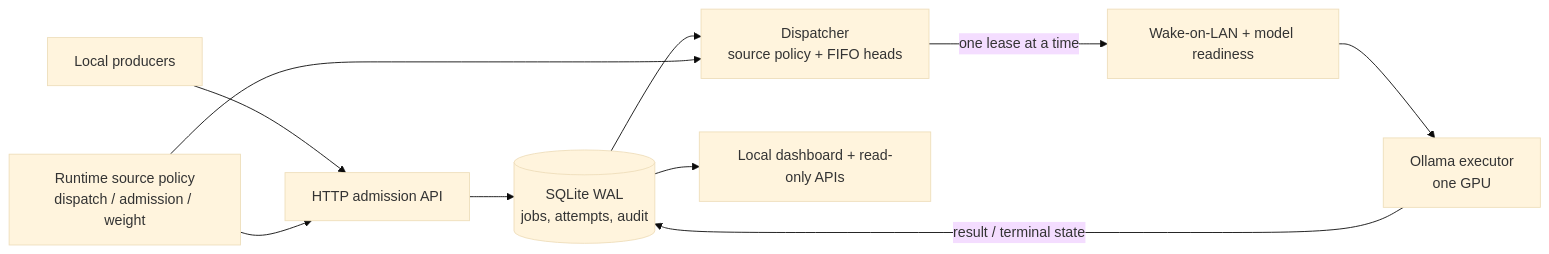
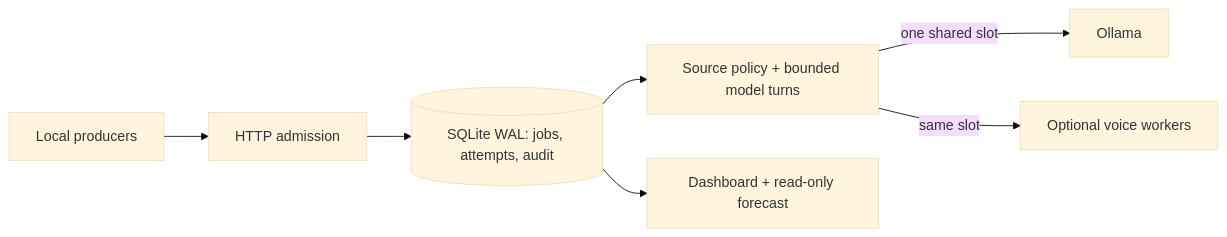
Before and after one commit to dankarization/inference-broker: the diagram in README.md, drawn with Mermaid (base theme). The commit also changed other lines of this file and 39 other files, not shown here.

First line of the commit message:
Group equal-weight model turns and unify conditional forecast (#17)

````diff
--- a/README.md
+++ b/README.md
@@ -72,12 +13,9 @@
 ```mermaid
 flowchart LR
-    C["Local producers"] --> A["HTTP admission API"]
-    A --> Q[("SQLite WAL<br/>jobs, attempts, audit")]
-    Q --> S["Dispatcher<br/>source policy + FIFO heads"]
-    P["Runtime source policy<br/>dispatch / admission / weight"] --> A
-    P --> S
-    S -->|"one lease at a time"| W["Wake-on-LAN + model readiness"]
-    W --> O["Ollama executor<br/>one GPU"]
-    O -->|"result / terminal state"| Q
-    Q --> V["Local dashboard + read-only APIs"]
+    P["Local producers"] --> A["HTTP admission"]
+    A --> Q[("SQLite WAL: jobs, attempts, audit")]
+    Q --> S["Source policy + bounded model turns"]
+    S -->|one shared slot| O["Ollama"]
+    S -->|same slot| V["Optional voice workers"]
+    Q --> D["Dashboard + read-only forecast"]
 ```
````
